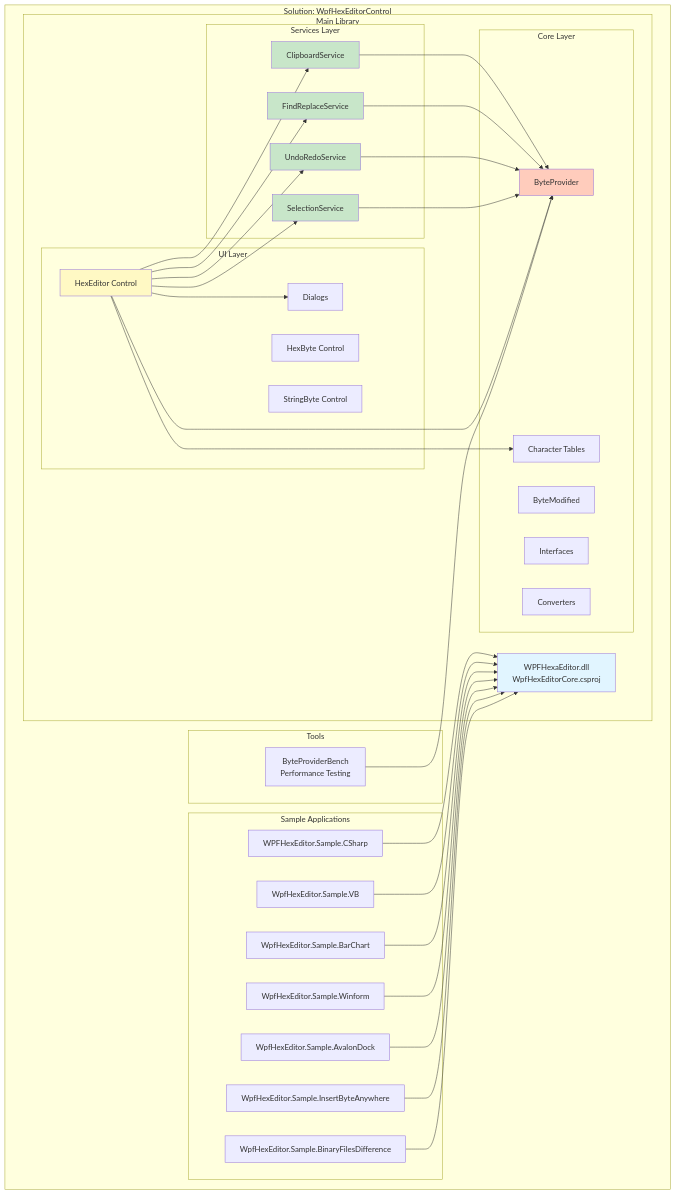
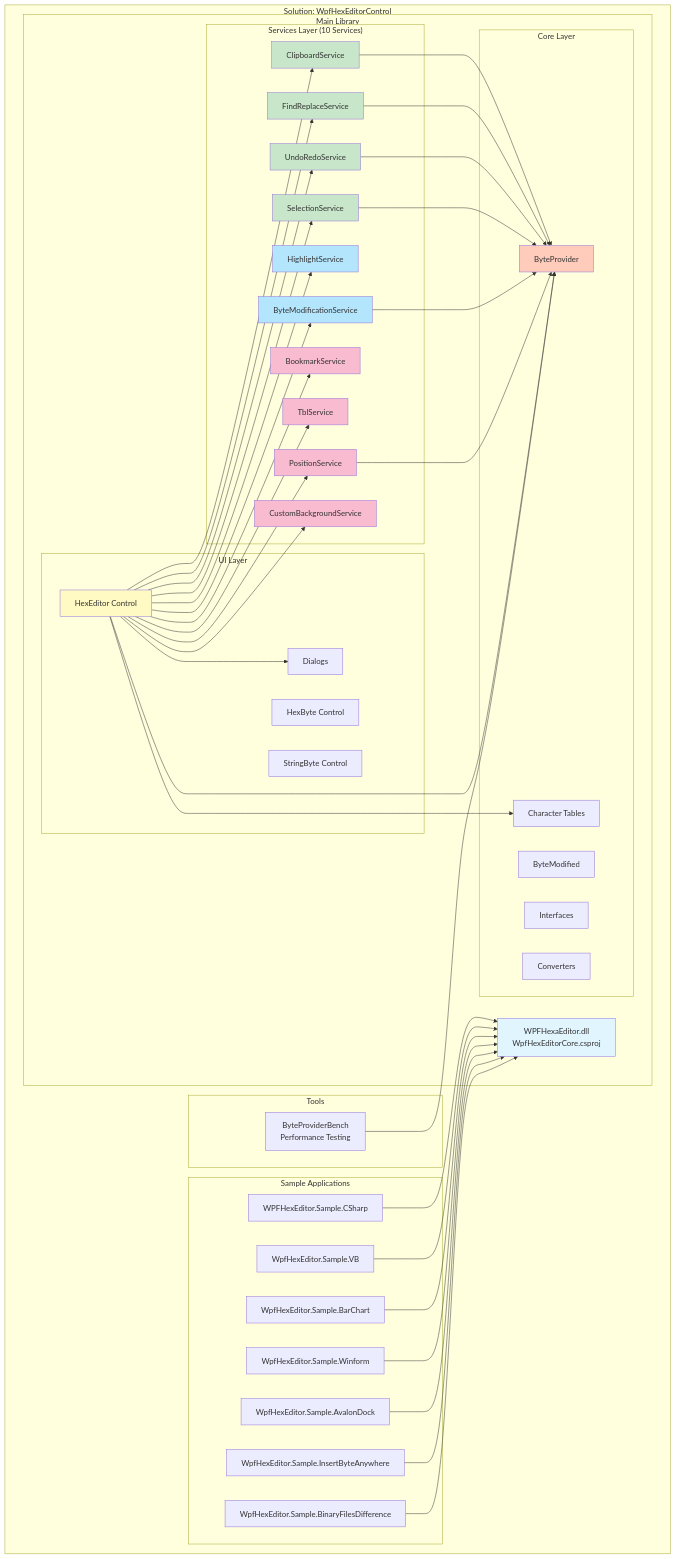
The first of 12 diagrams in ARCHITECTURE.md (myd7349/WpfHexEditorControl), drawn with Mermaid before and after one commit. The commit also changed other lines of this file, not shown here.

````diff
--- a/ARCHITECTURE.md
+++ b/ARCHITECTURE.md
@@ -21,11 +21,17 @@
         subgraph "Main Library"
             WPFHexaEditor[WPFHexaEditor.dll<br/>WpfHexEditorCore.csproj]
 
-            subgraph "Services Layer"
+            subgraph "Services Layer (10 Services)"
                 ClipboardSvc[ClipboardService]
                 FindReplaceSvc[FindReplaceService]
                 UndoRedoSvc[UndoRedoService]
                 SelectionSvc[SelectionService]
+                HighlightSvc[HighlightService]
+                ByteModSvc[ByteModificationService]
+                BookmarkSvc[BookmarkService]
+                TblSvc[TblService]
+                PositionSvc[PositionService]
+                CustomBgSvc[CustomBackgroundService]
             end
 
             subgraph "Core Layer"
@@ -63,11 +69,19 @@
     HexEditor --> FindReplaceSvc
     HexEditor --> UndoRedoSvc
     HexEditor --> SelectionSvc
+    HexEditor --> HighlightSvc
+    HexEditor --> ByteModSvc
+    HexEditor --> BookmarkSvc
+    HexEditor --> TblSvc
+    HexEditor --> PositionSvc
+    HexEditor --> CustomBgSvc
 
     ClipboardSvc --> ByteProvider
     FindReplaceSvc --> ByteProvider
     UndoRedoSvc --> ByteProvider
     SelectionSvc --> ByteProvider
+    ByteModSvc --> ByteProvider
+    PositionSvc --> ByteProvider
 
     HexEditor --> ByteProvider
     HexEditor --> TBL
@@ -89,5 +103,11 @@
     style FindReplaceSvc fill:#c8e6c9
     style UndoRedoSvc fill:#c8e6c9
     style SelectionSvc fill:#c8e6c9
+    style HighlightSvc fill:#b3e5fc
+    style ByteModSvc fill:#b3e5fc
+    style BookmarkSvc fill:#f8bbd0
+    style TblSvc fill:#f8bbd0
+    style PositionSvc fill:#f8bbd0
+    style CustomBgSvc fill:#f8bbd0
     style ByteProvider fill:#ffccbc
 ```
````
